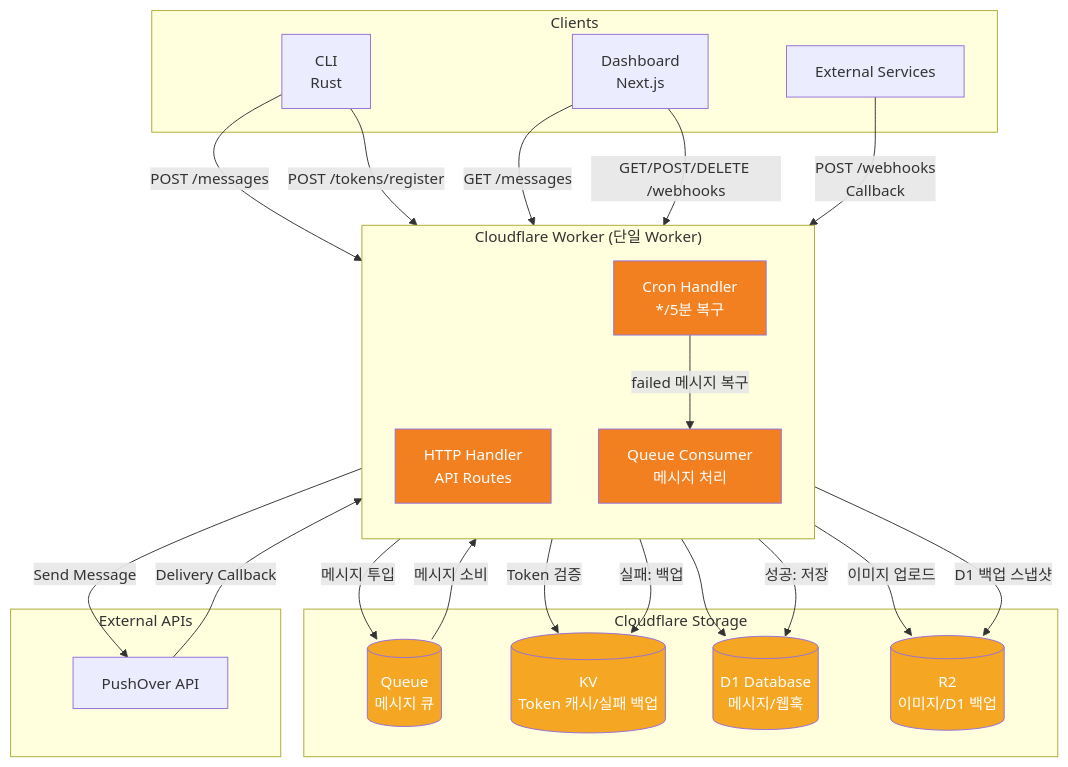
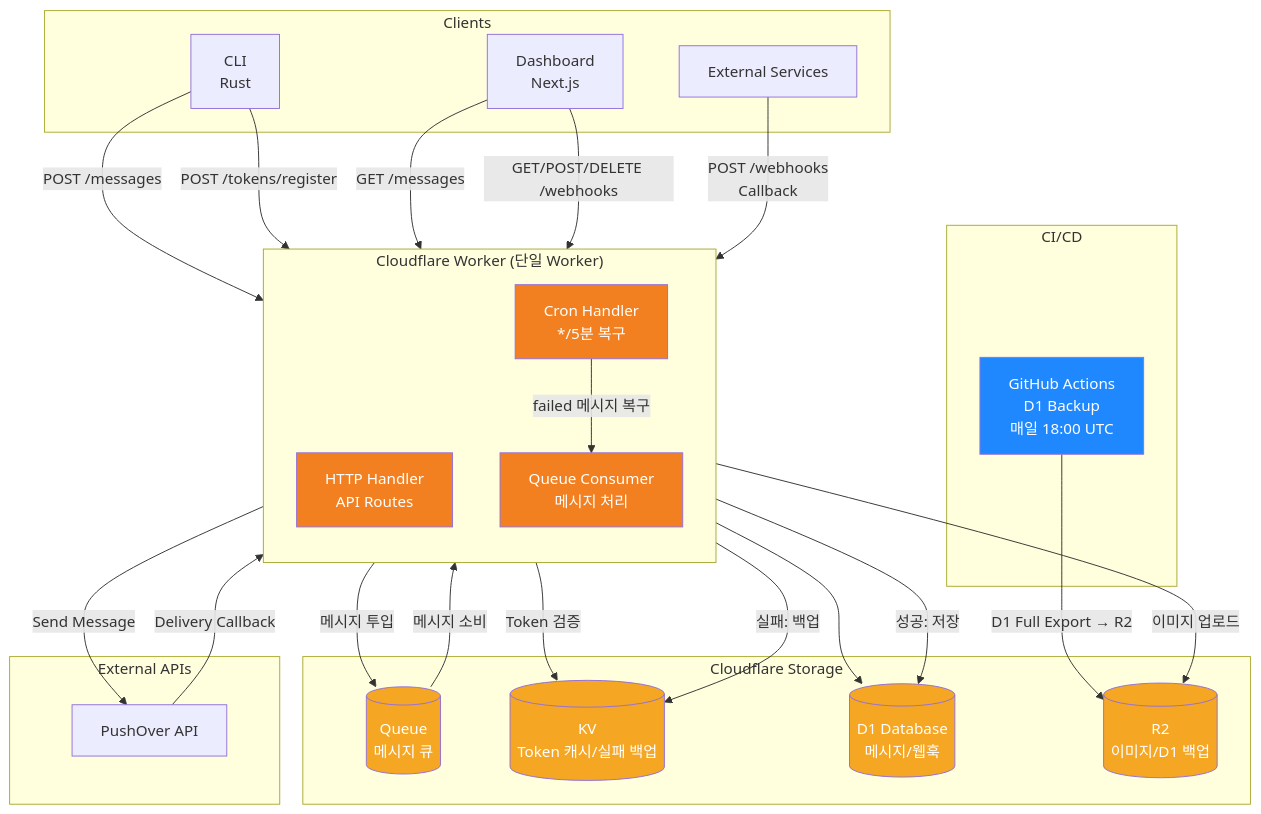
One commit to deuxksy/PushOver changed the first of 7 diagrams in README.md. Above: the diagram before and after it, drawn with Mermaid. The commit also changed other lines of this file and 1 other file, not shown here.

First line of the commit message:
docs: 아키텍처 다이어그램 갱신 및 데이터베이스 섹션 재구성

````diff
--- a/README.md
+++ b/README.md
@@ -19,52 +19,57 @@
 ```mermaid
 graph TB
     subgraph Clients
         CLI[CLI<br/>Rust]
         DASH[Dashboard<br/>Next.js]
         EXT[External Services]
     end
 
     subgraph "Cloudflare Worker (단일 Worker)"
         direction TB
         HANDLER[HTTP Handler<br/>API Routes]
         CONSUMER[Queue Consumer<br/>메시지 처리]
         CRON[Cron Handler<br/>*/5분 복구]
     end
 
     subgraph "Cloudflare Storage"
         QUEUE[(Queue<br/>메시지 큐)]
         KV[(KV<br/>Token 캐시/실패 백업)]
         D1[(D1 Database<br/>메시지/웹훅)]
         R2[(R2<br/>이미지/D1 백업)]
     end
 
     subgraph "External APIs"
         PO[PushOver API]
     end
 
+    subgraph "CI/CD"
+        GHA[GitHub Actions<br/>D1 Backup<br/>매일 18:00 UTC]
+    end
+
     CLI -->|POST /messages| HANDLER
     CLI -->|POST /tokens/register| HANDLER
     DASH -->|GET /messages| HANDLER
     DASH -->|GET/POST/DELETE /webhooks| HANDLER
     EXT -->|POST /webhooks<br/>Callback| HANDLER
 
     HANDLER -->|Token 검증| KV
     HANDLER -->|이미지 업로드| R2
     HANDLER -->|메시지 투입| QUEUE
     HANDLER --> D1
     QUEUE -->|메시지 소비| CONSUMER
     CONSUMER -->|Send Message| PO
     CONSUMER -->|성공: 저장| D1
     CONSUMER -->|실패: 백업| KV
     CRON -->|failed 메시지 복구| CONSUMER
-    CRON -->|D1 백업 스냅샷| R2
+    GHA -->|D1 Full Export → R2| R2
     PO -->|Delivery Callback| HANDLER
 
     style HANDLER fill:#f38020,color:#fff
     style CONSUMER fill:#f38020,color:#fff
     style CRON fill:#f38020,color:#fff
+    style GHA fill:#2088ff,color:#fff
     style QUEUE fill:#f5a623,color:#fff
     style KV fill:#f5a623,color:#fff
     style D1 fill:#f5a623,color:#fff
     style R2 fill:#f5a623,color:#fff
 ```
````
